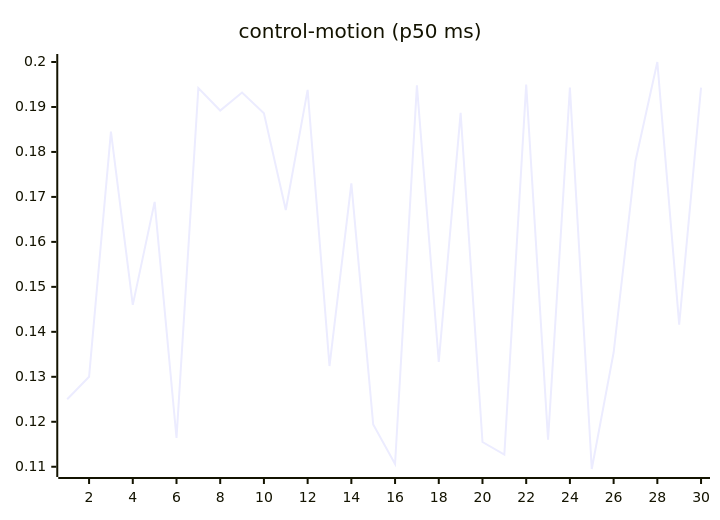
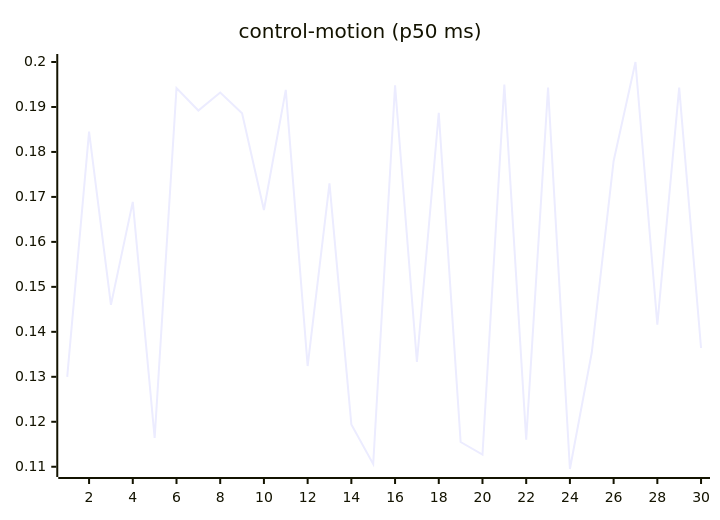
One commit to josha/Facet changed the seventh of 27 diagrams in README.md. Above: the diagram before and after it, drawn with Mermaid. The commit also changed other lines of this file and 2 other files, not shown here.

````diff
--- a/README.md
+++ b/README.md
@@ -105,6 +105,6 @@
 ```mermaid
 xychart-beta
     title "control-motion (p50 ms)"
     x-axis 1 --> 30
-    line [0.1250, 0.1300, 0.1845, 0.1460, 0.1689, 0.1164, 0.1942, 0.1892, 0.1932, 0.1886, 0.1671, 0.1938, 0.1324, 0.1730, 0.1194, 0.1106, 0.1948, 0.1333, 0.1887, 0.1155, 0.1127, 0.1950, 0.1160, 0.1943, 0.1095, 0.1354, 0.1780, 0.2000, 0.1416, 0.1943]
+    line [0.1300, 0.1845, 0.1460, 0.1689, 0.1164, 0.1942, 0.1892, 0.1932, 0.1886, 0.1671, 0.1938, 0.1324, 0.1730, 0.1194, 0.1106, 0.1948, 0.1333, 0.1887, 0.1155, 0.1127, 0.1950, 0.1160, 0.1943, 0.1095, 0.1354, 0.1780, 0.2000, 0.1416, 0.1943, 0.1364]
 ```
````
